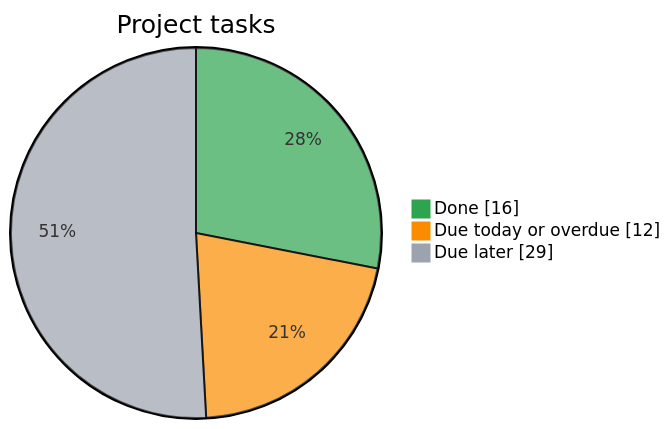
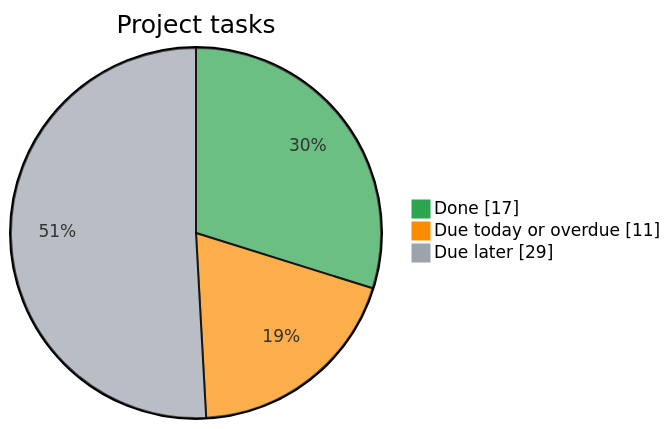
One commit to Kr1sKros/IKT466-Corporate-Bankruptcy-Predictor changed the diagram in README.md. Above: the diagram before and after it, drawn with Mermaid. The commit also changed other lines of this file, not shown here.

Commit message:
docs: refresh task dashboard

````diff
--- a/README.md
+++ b/README.md
@@ -8,8 +8,8 @@
 ```mermaid
 %%{init: {"themeVariables": {"pie1": "#2da44e", "pie2": "#fb8c00", "pie3": "#9ca3af"}}}%%
 pie showData
     title Project tasks
-    "Done" : 16
-    "Due today or overdue" : 12
+    "Done" : 17
+    "Due today or overdue" : 11
     "Due later" : 29
 ```
````
